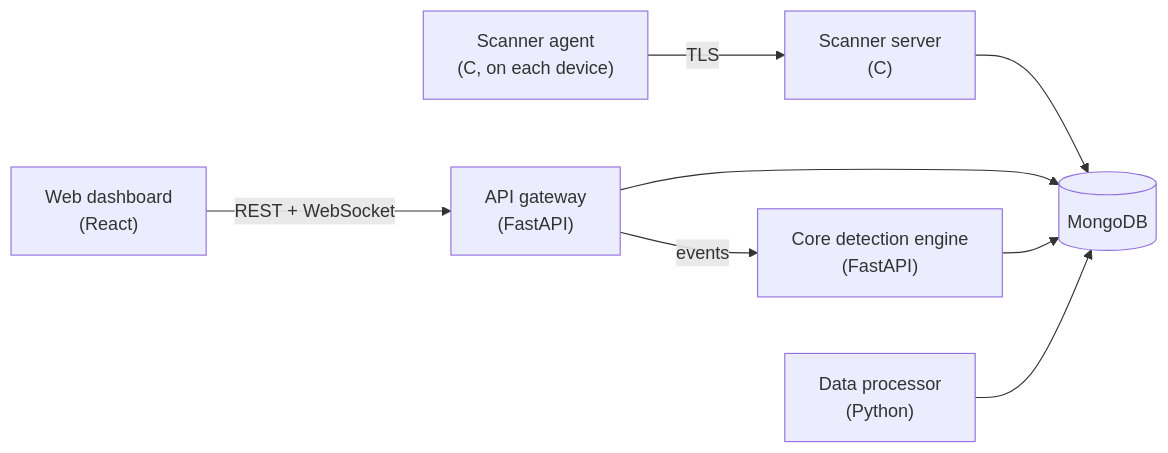
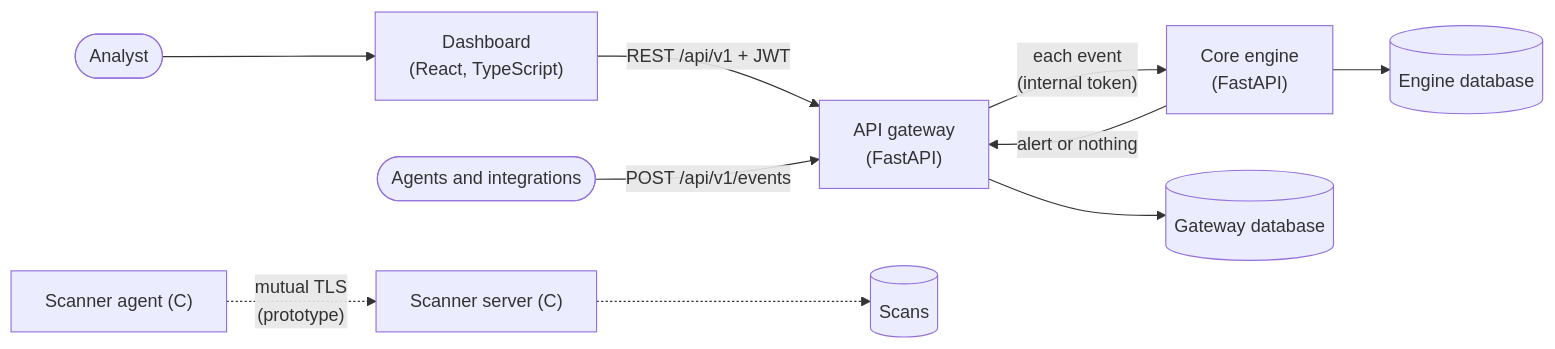
Before and after one commit to Alex-Muhscience/UTDRS-Capstone-Project: the diagram in README.md, drawn with Mermaid. The commit also changed other lines of this file and 7 other files, not shown here.

````diff
--- a/README.md
+++ b/README.md
@@ -11,10 +26,12 @@
 ```mermaid
 flowchart LR
-  agent["Scanner agent<br/>(C, on each device)"] -- "TLS" --> scanserver["Scanner server<br/>(C)"]
-  scanserver --> db[("MongoDB")]
-  web["Web dashboard<br/>(React)"] -- "REST + WebSocket" --> gateway["API gateway<br/>(FastAPI)"]
-  gateway --> db
-  gateway -- "events" --> engine["Core detection engine<br/>(FastAPI)"]
-  engine --> db
-  processor["Data processor<br/>(Python)"] --> db
+  analyst(["Analyst"]) --> web["Dashboard<br/>(React, TypeScript)"]
+  web -- "REST /api/v1 + JWT" --> gateway["API gateway<br/>(FastAPI)"]
+  sources(["Agents and integrations"]) -- "POST /api/v1/events" --> gateway
+  gateway -- "each event<br/>(internal token)" --> engine["Core engine<br/>(FastAPI)"]
+  engine -- "alert or nothing" --> gateway
+  gateway --> gdb[("Gateway database")]
+  engine --> edb[("Engine database")]
+  agent["Scanner agent (C)"] -. "mutual TLS<br/>(prototype)" .-> scanserver["Scanner server (C)"]
+  scanserver -.-> sdb[("Scans")]
 ```
````
